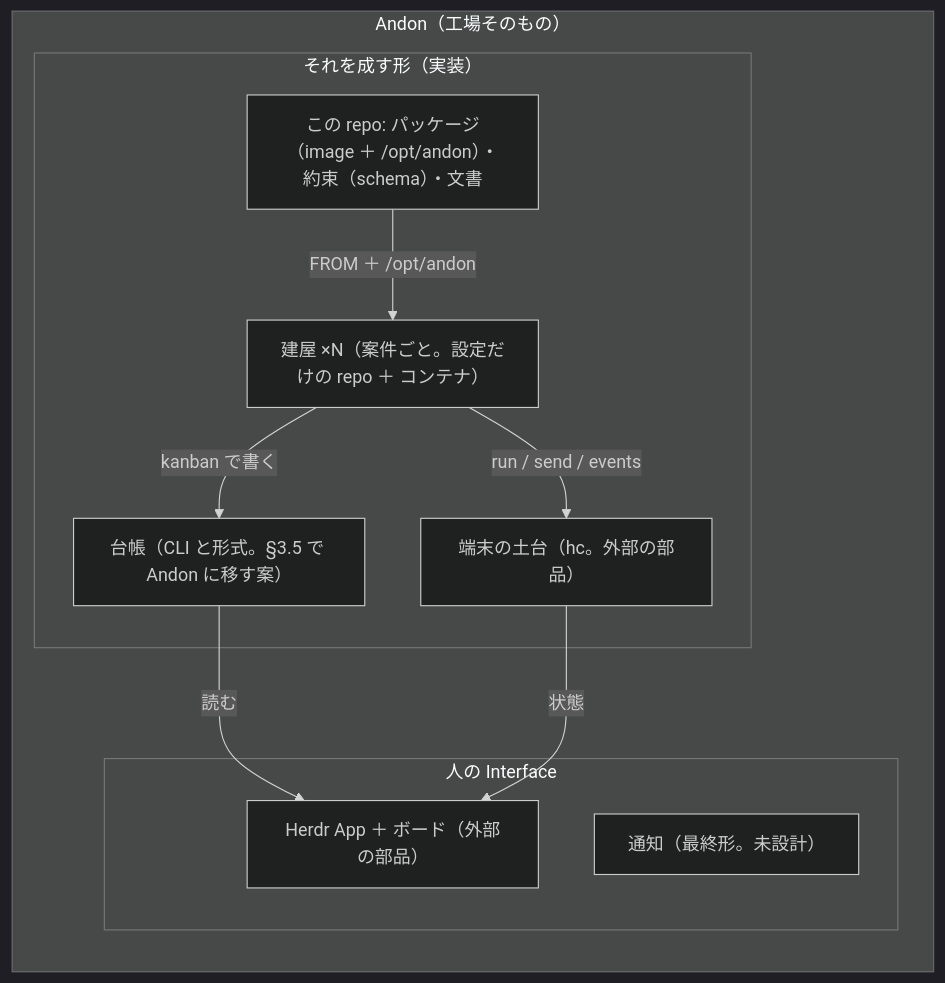
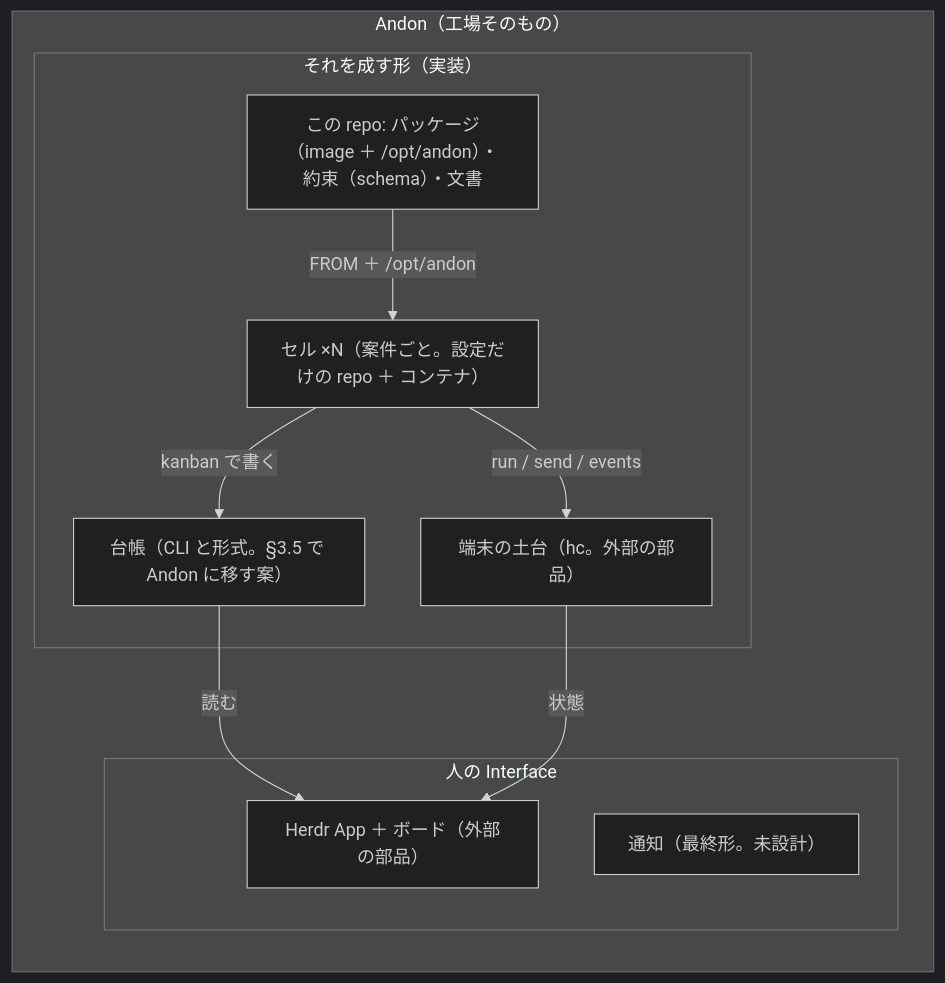
One commit to mitaku/andon changed the second of 3 diagrams in docs/design.md. Above: the diagram before and after it, drawn with Mermaid (dark theme). The commit also changed other lines of this file and 72 other files, not shown here.

````diff
--- a/docs/design.md
+++ b/docs/design.md
@@ -140,21 +140,21 @@
 ```mermaid
 flowchart TB
   subgraph ANDON["Andon（工場そのもの）"]
     direction TB
     subgraph FORM["それを成す形（実装）"]
       PKG["この repo: パッケージ（image ＋ /opt/andon）・約束（schema）・文書"]
-      HOUSE["建屋 ×N（案件ごと。設定だけの repo ＋ コンテナ）"]
+      HOUSE["セル ×N（案件ごと。設定だけの repo ＋ コンテナ）"]
       LED["台帳（CLI と形式。§3.5 で Andon に移す案）"]
       HC["端末の土台（hc。外部の部品）"]
     end
     subgraph UI["人の Interface"]
       APP["Herdr App ＋ ボード（外部の部品）"]
       NOTIF["通知（最終形。未設計）"]
     end
   end
   PKG -- "FROM ＋ /opt/andon" --> HOUSE
   HOUSE -- "kanban で書く" --> LED
   HOUSE -- "run / send / events" --> HC
   LED -- "読む" --> APP
   HC -- "状態" --> APP
 ```
````
